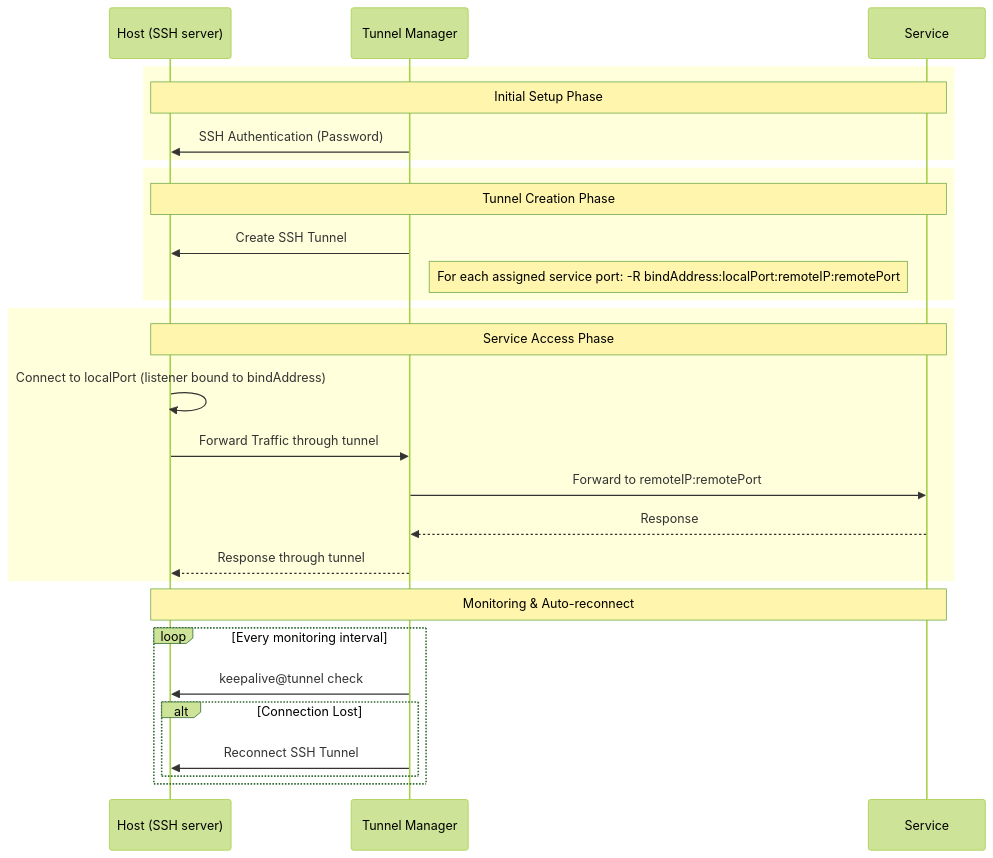
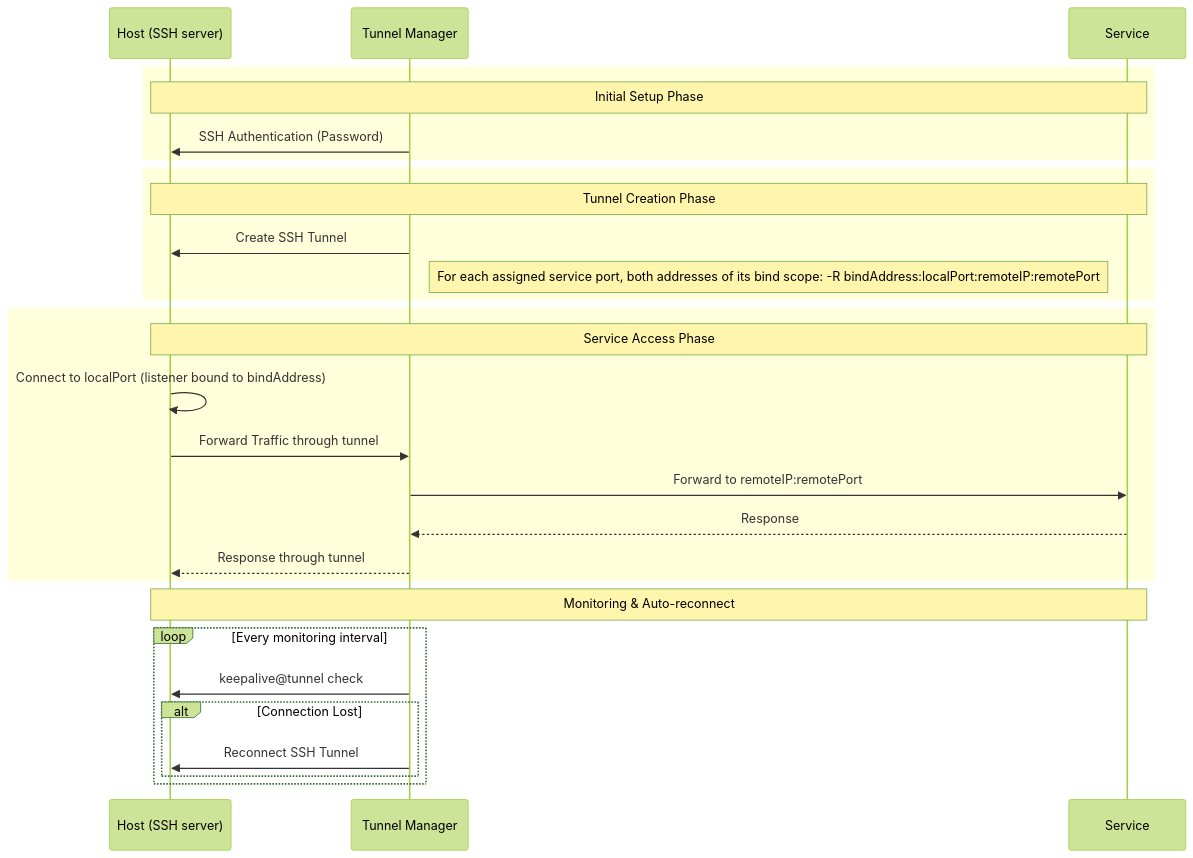
One commit to jollaman999/tunnel-manager changed the diagram in docs/reference.md. Above: the diagram before and after it, drawn with Mermaid (forest theme). The commit also changed other lines of this file and 3 other files, not shown here.

````diff
--- a/docs/reference.md
+++ b/docs/reference.md
@@ -192,34 +227,34 @@
 ```mermaid
 sequenceDiagram
     participant Host as Host (SSH server)
     participant Bastion as Tunnel Manager
     participant WAS as Service
 
     rect rgb(255, 255, 220)
         Note over Host,WAS: Initial Setup Phase
         Bastion->>Host: SSH Authentication (Password)
     end
 
     rect rgb(255, 255, 220)
         Note over Host,WAS: Tunnel Creation Phase
         Bastion->>Host: Create SSH Tunnel
-        Note right of Bastion: For each assigned service port: -R bindAddress:localPort:remoteIP:remotePort
+        Note right of Bastion: For each assigned service port, both addresses of its bind scope: -R bindAddress:localPort:remoteIP:remotePort
     end
 
     rect rgb(255, 255, 220)
         Note over Host,WAS: Service Access Phase
         Host->>Host: Connect to localPort (listener bound to bindAddress)
         Host->>Bastion: Forward Traffic through tunnel
         Bastion->>WAS: Forward to remoteIP:remotePort
         WAS-->>Bastion: Response
         Bastion-->>Host: Response through tunnel
     end
 
     Note over Host,WAS: Monitoring & Auto-reconnect
     loop Every monitoring interval
         Bastion->>Host: keepalive@tunnel check
         alt Connection Lost
             Bastion->>Host: Reconnect SSH Tunnel
         end
     end
 ```
````
